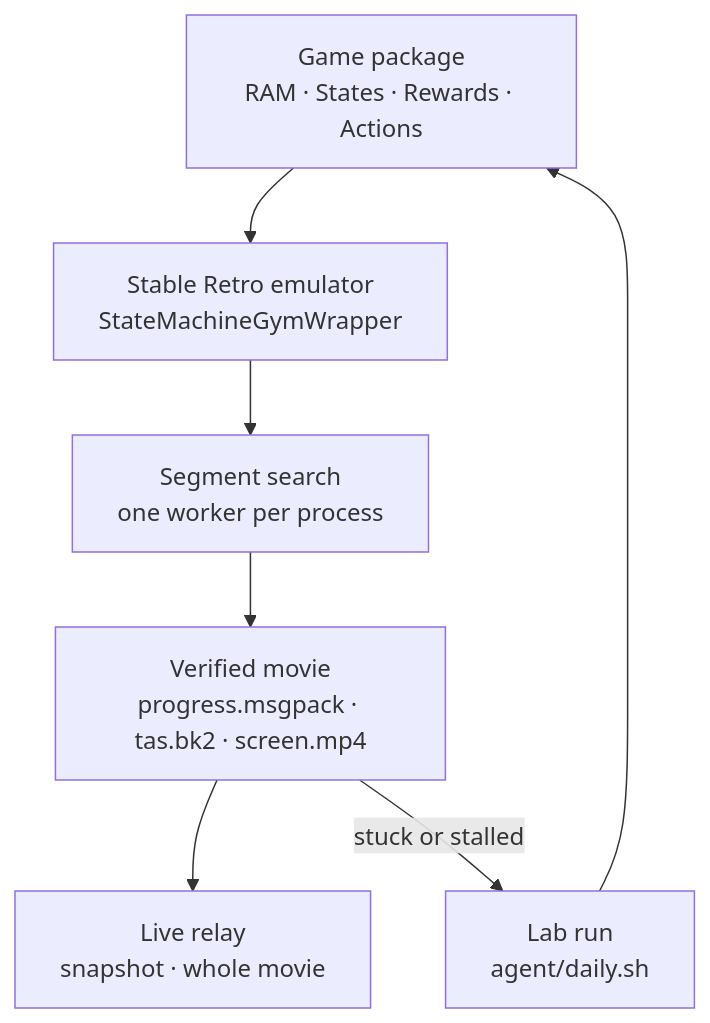
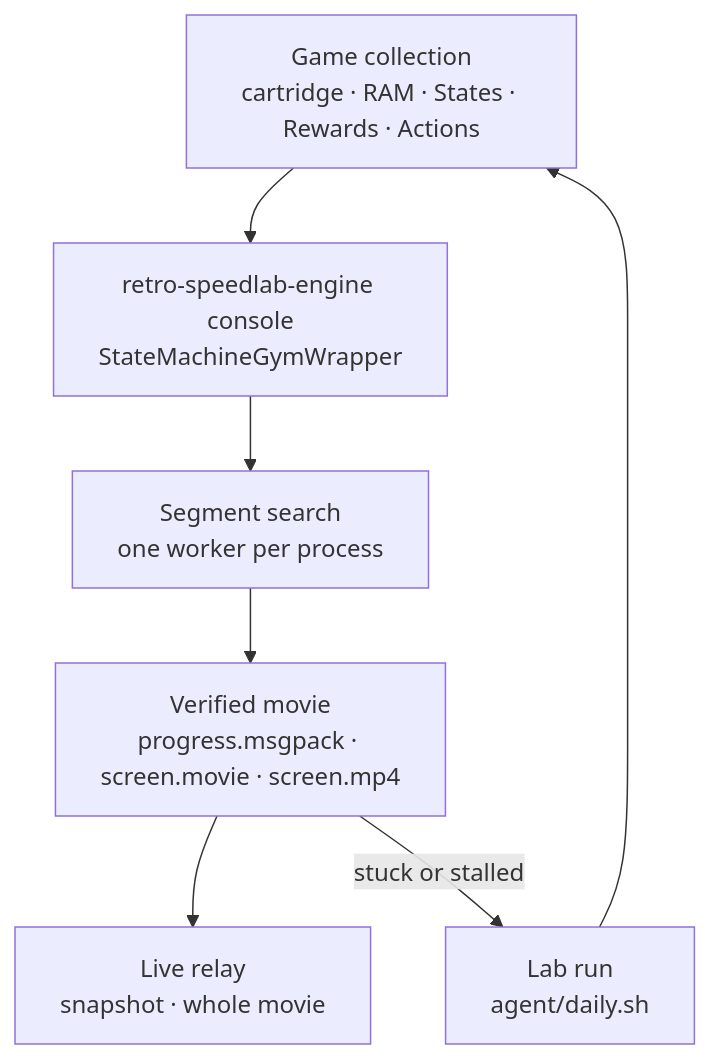
The diagram in README.md (datenwissenschaften/retro-speedlab-core), drawn with Mermaid before and after one commit. The commit also changed other lines of this file and 73 other files, not shown here.

First line of the commit message:
feat!: run on retro-speedlab-engine's own games instead of stable-retro

````diff
--- a/README.md
+++ b/README.md
@@ -34,16 +37,16 @@
 ```mermaid
 flowchart TD
-    Game["Game package<br/>RAM · States · Rewards · Actions"]
-    Env["Stable Retro emulator<br/>StateMachineGymWrapper"]
+    Game["Game collection<br/>cartridge · RAM · States · Rewards · Actions"]
+    Env["retro-speedlab-engine console<br/>StateMachineGymWrapper"]
     Search["Segment search<br/>one worker per process"]
-    Movie["Verified movie<br/>progress.msgpack · tas.bk2 · screen.mp4"]
+    Movie["Verified movie<br/>progress.msgpack · screen.movie · screen.mp4"]
     Relay["Live relay<br/>snapshot · whole movie"]
     Lab["Lab run<br/>agent/daily.sh"]
 
     Game --> Env
     Env --> Search
     Search --> Movie
     Movie --> Relay
     Movie -- "stuck or stalled" --> Lab
     Lab --> Game
 ```
````
